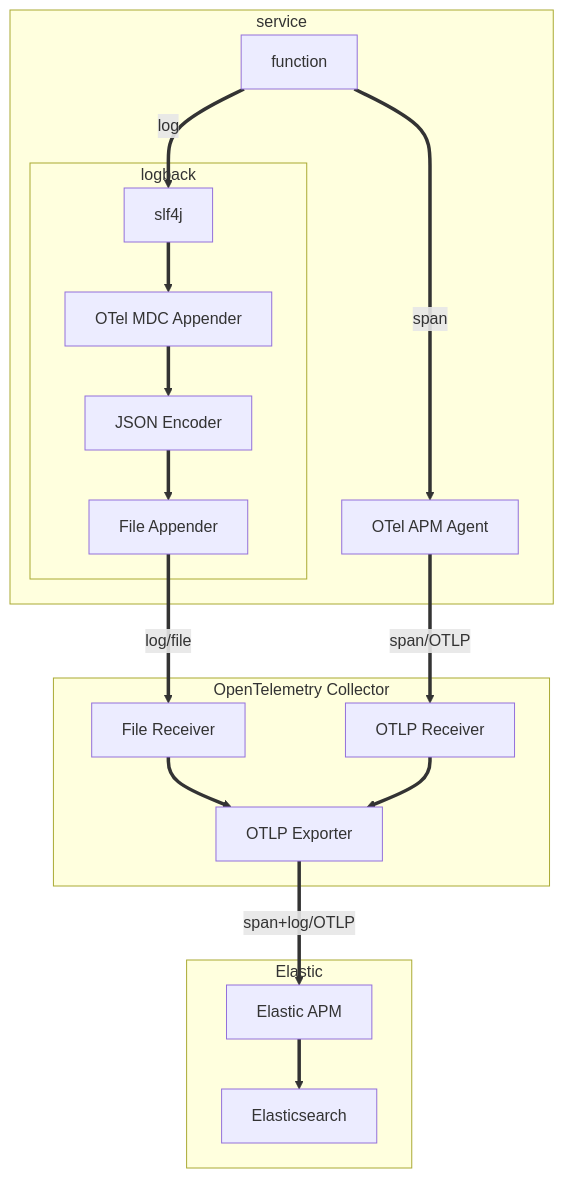
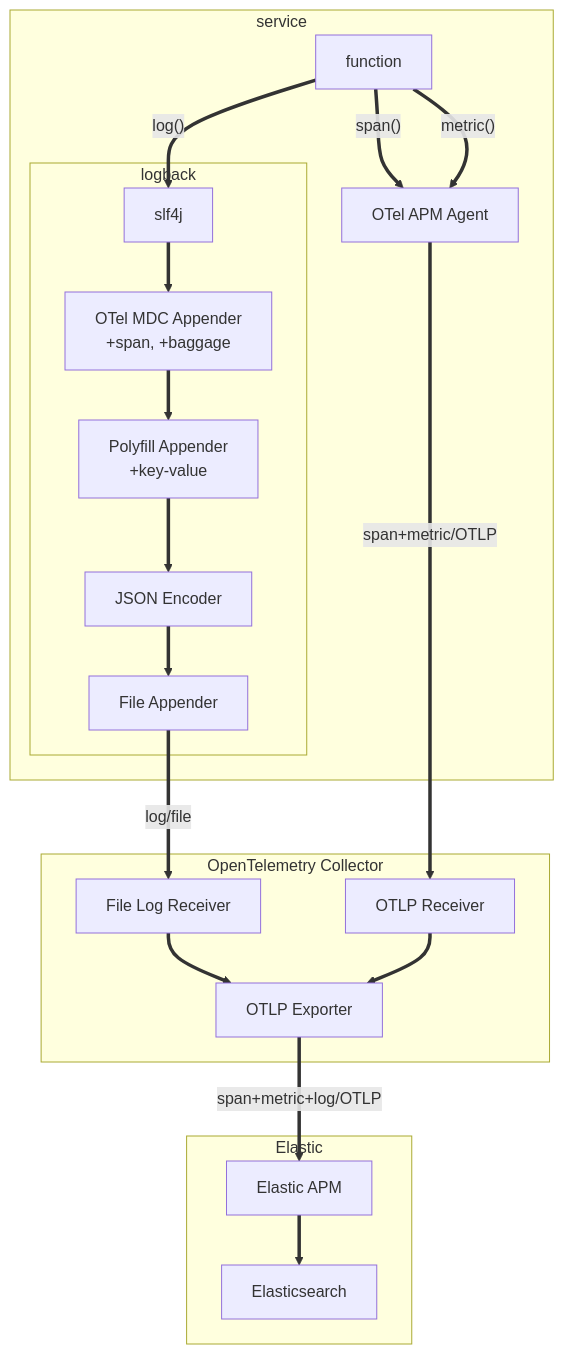
One commit to ty-elastic/otel-logging changed the second of 3 diagrams in README.md. Above: the diagram before and after it, drawn with Mermaid. The commit also changed other lines of this file and 15 other files, not shown here.

````diff
--- a/README.md
+++ b/README.md
@@ -131,30 +141,30 @@
 ```mermaid
 flowchart TB
-
     subgraph Collector[OpenTelemetry Collector]
     OTLPRecv[OTLP Receiver]
-    FileReceiver[File Receiver]
+    FileReceiver[File Log Receiver]
     OTLPExport[OTLP Exporter]
     FileReceiver ==> OTLPExport
     OTLPRecv ==> OTLPExport
     end
 
     subgraph Service1[service]
     OTEL1[OTel APM Agent]
-    func[function] == log ==> SLF4J1
-    func == span ==> OTEL1
-    
+    func[function] == "log()" ==> SLF4J1
+    func == "span()" ==> OTEL1
+    func == "metric()" ==> OTEL1
     
     lbFILE1 == log/file ==> FileReceiver
     subgraph logback
     lbOTEL1 ==> lbJSON1[JSON Encoder] ==> lbFILE1[File Appender]
-    SLF4J1[slf4j] ==> lbOTEL1[OTel MDC Appender]
-    
-        end
-    OTEL1[OTel APM Agent] == span/OTLP ==> OTLPRecv
+    SLF4J1[slf4j] ==> lbOTEL3["OTel MDC Appender\n+span, +baggage"]
+    lbOTEL3 ==> lbOTEL1["Polyfill Appender\n+key-value"]
+    end
+
+    OTEL1[OTel APM Agent] == span+metric/OTLP ==> OTLPRecv
     end
 
     subgraph Elastic
-    OTLPExport == span+log/OTLP ==> ElasticAPM[Elastic APM] ==> Elasticsearch
+    OTLPExport == span+metric+log/OTLP ==> ElasticAPM[Elastic APM] ==> Elasticsearch
     end
 ```
````
